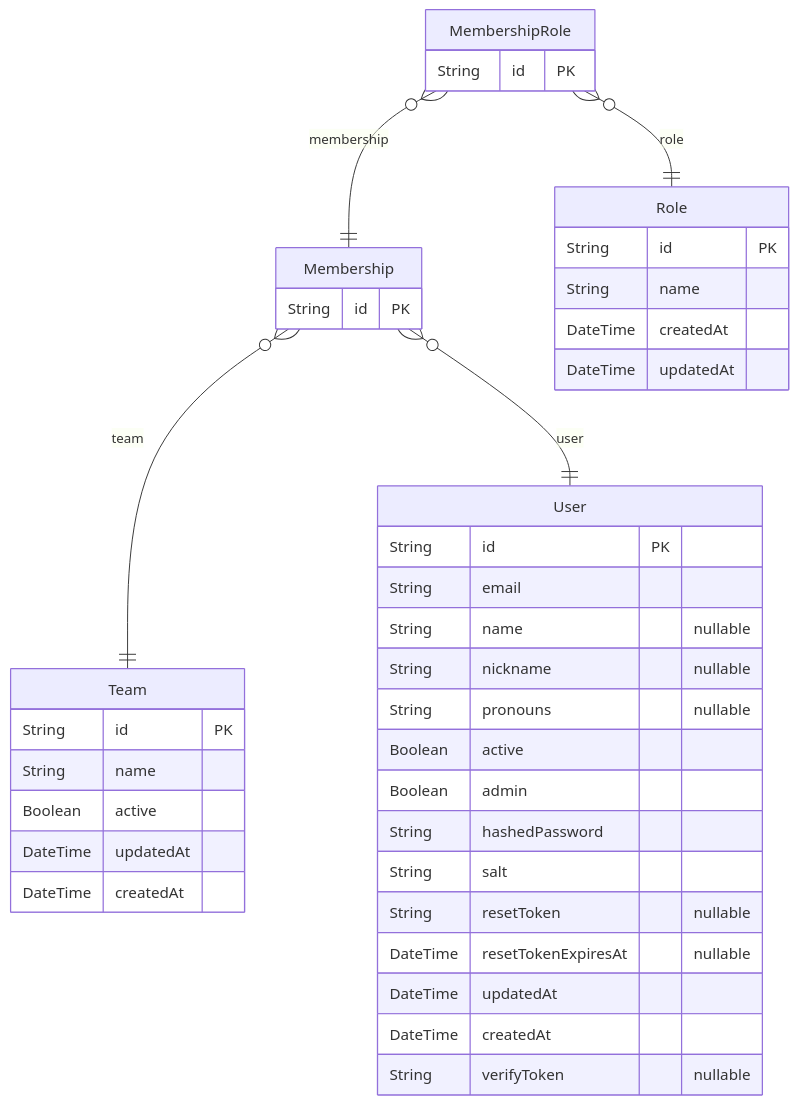
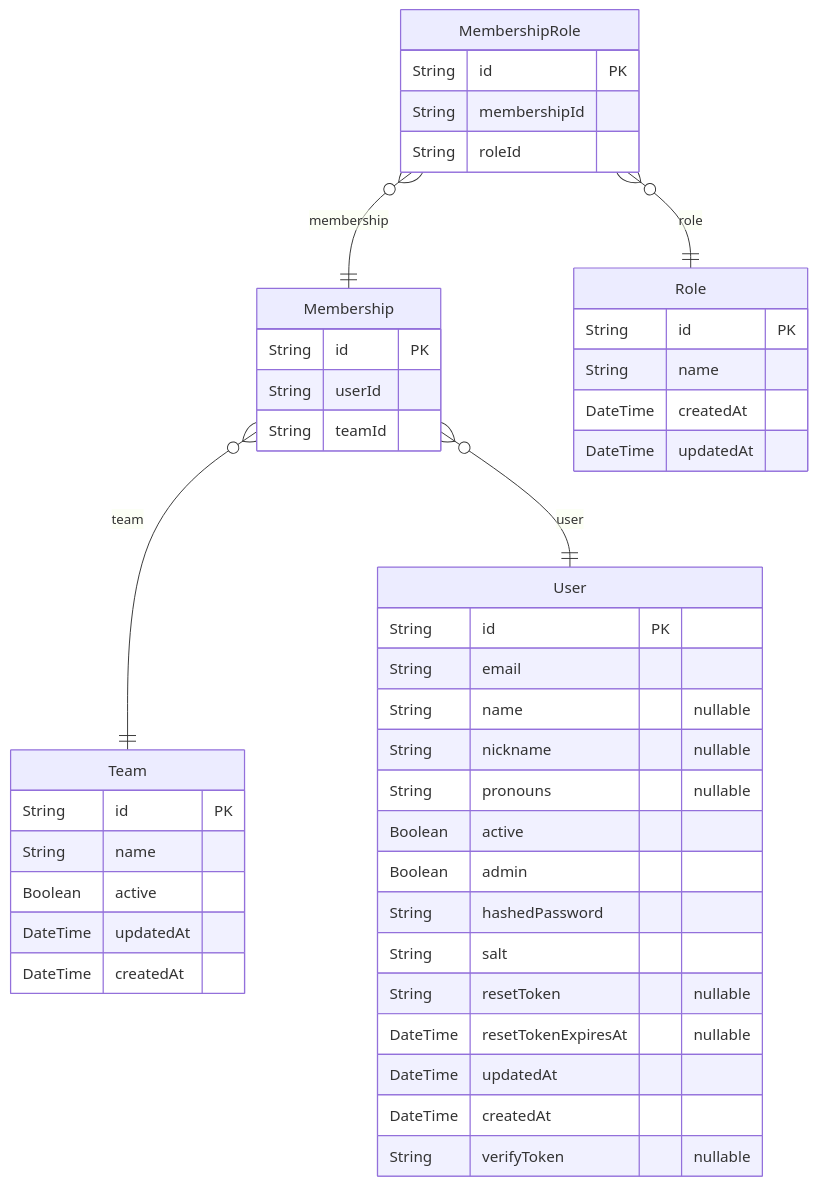
Before and after one commit to CodingZeal/redwood-template-app: the diagram in documentation/ERD.md, drawn with Mermaid. The commit also changed 7 other files, not shown here.

Commit message:
disable auto run erd - run manually

````diff
--- a/documentation/ERD.md
+++ b/documentation/ERD.md
@@ -1,52 +1,56 @@
 ```mermaid
 erDiagram
 
   User {
     String id PK 
     String email  
     String name  "nullable"
     String nickname  "nullable"
     String pronouns  "nullable"
     Boolean active  
     Boolean admin  
     String hashedPassword  
     String salt  
     String resetToken  "nullable"
     DateTime resetTokenExpiresAt  "nullable"
     DateTime updatedAt  
     DateTime createdAt  
     String verifyToken  "nullable"
     }
   
 
   Membership {
     String id PK 
+    String userId  
+    String teamId  
     }
   
 
   Team {
     String id PK 
     String name  
     Boolean active  
     DateTime updatedAt  
     DateTime createdAt  
     }
   
 
   MembershipRole {
     String id PK 
+    String membershipId  
+    String roleId  
     }
   
 
   Role {
     String id PK 
     String name  
     DateTime createdAt  
     DateTime updatedAt  
     }
   
     Membership o{--|| Team : "team"
     Membership o{--|| User : "user"
     MembershipRole o{--|| Membership : "membership"
     MembershipRole o{--|| Role : "role"
 ```
````
